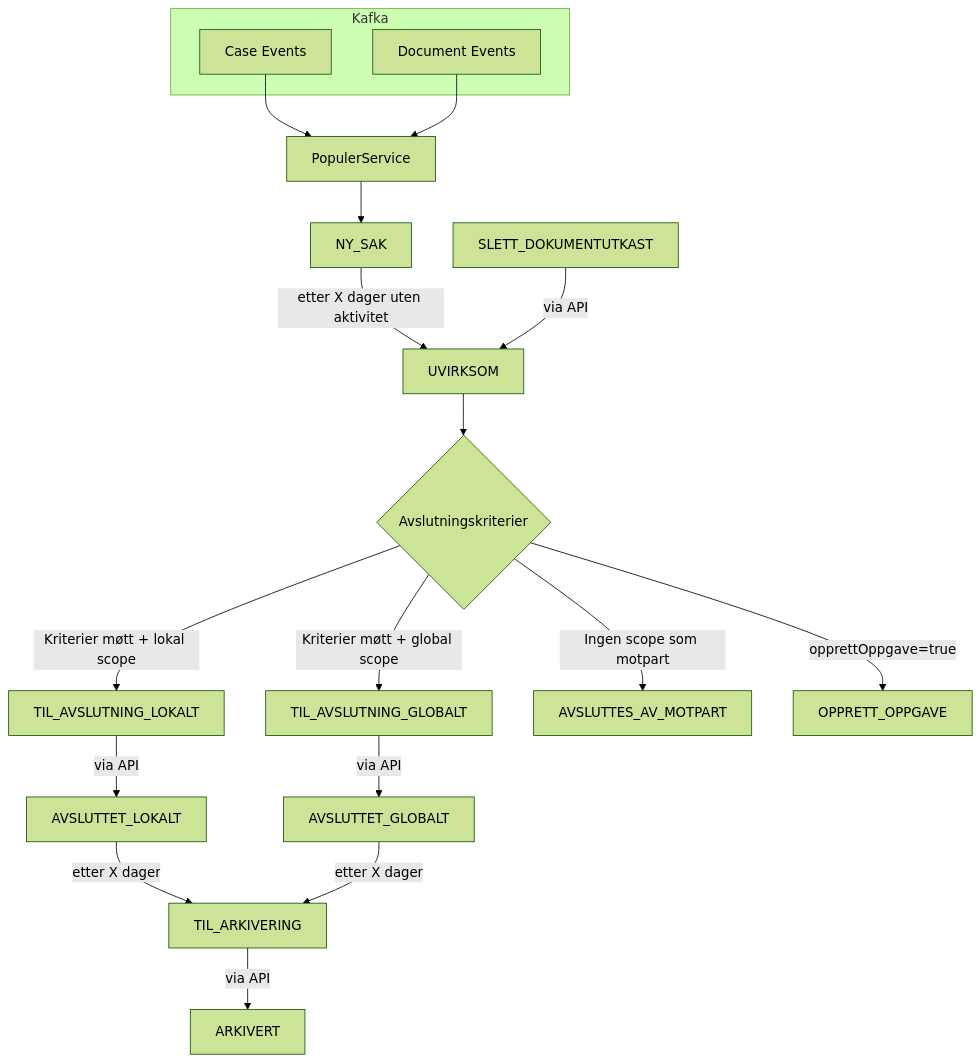
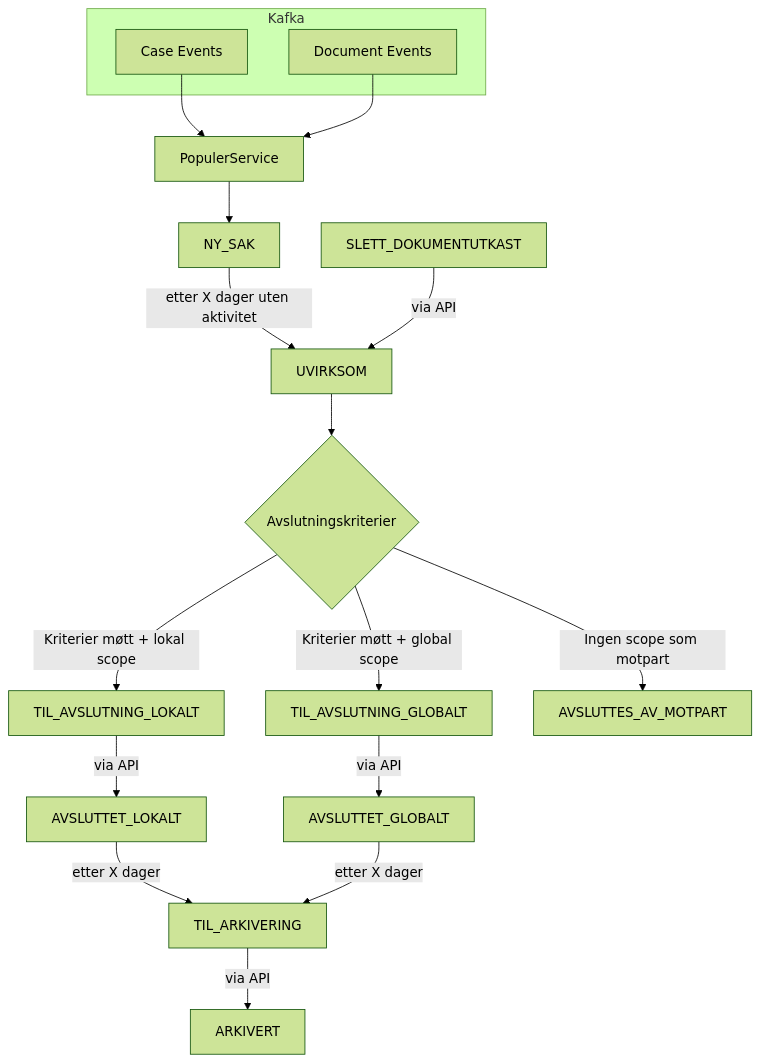
Before and after one commit to navikt/eux-avslutt-rinasaker: the second of 4 diagrams in readme.md, drawn with Mermaid (forest theme). The commit also changed other lines of this file and 5 other files, not shown here.

First line of the commit message:
Remove OPPRETT_OPPGAVE feature entirely (#12)

````diff
--- a/readme.md
+++ b/readme.md
@@ -33,30 +33,29 @@
 ```mermaid
 flowchart TD
     subgraph Kafka
         CaseEvent[Case Events]
         DocEvent[Document Events]
     end
 
     CaseEvent --> PopulerService
     DocEvent --> PopulerService
     PopulerService --> NY_SAK
 
     NY_SAK -->|etter X dager uten aktivitet| UVIRKSOM
 
     UVIRKSOM --> TilAvslutningEval{Avslutningskriterier}
     
     TilAvslutningEval -->|Kriterier møtt + lokal scope| TIL_AVSLUTNING_LOKALT
     TilAvslutningEval -->|Kriterier møtt + global scope| TIL_AVSLUTNING_GLOBALT
     TilAvslutningEval -->|Ingen scope som motpart| AVSLUTTES_AV_MOTPART
-    TilAvslutningEval -->|opprettOppgave=true| OPPRETT_OPPGAVE
     
     TIL_AVSLUTNING_LOKALT -->|via API| AVSLUTTET_LOKALT
     TIL_AVSLUTNING_GLOBALT -->|via API| AVSLUTTET_GLOBALT
     
     AVSLUTTET_LOKALT -->|etter X dager| TIL_ARKIVERING
     AVSLUTTET_GLOBALT -->|etter X dager| TIL_ARKIVERING
     
     TIL_ARKIVERING -->|via API| ARKIVERT
 
     SLETT_DOKUMENTUTKAST -->|via API| UVIRKSOM
 ```
````
